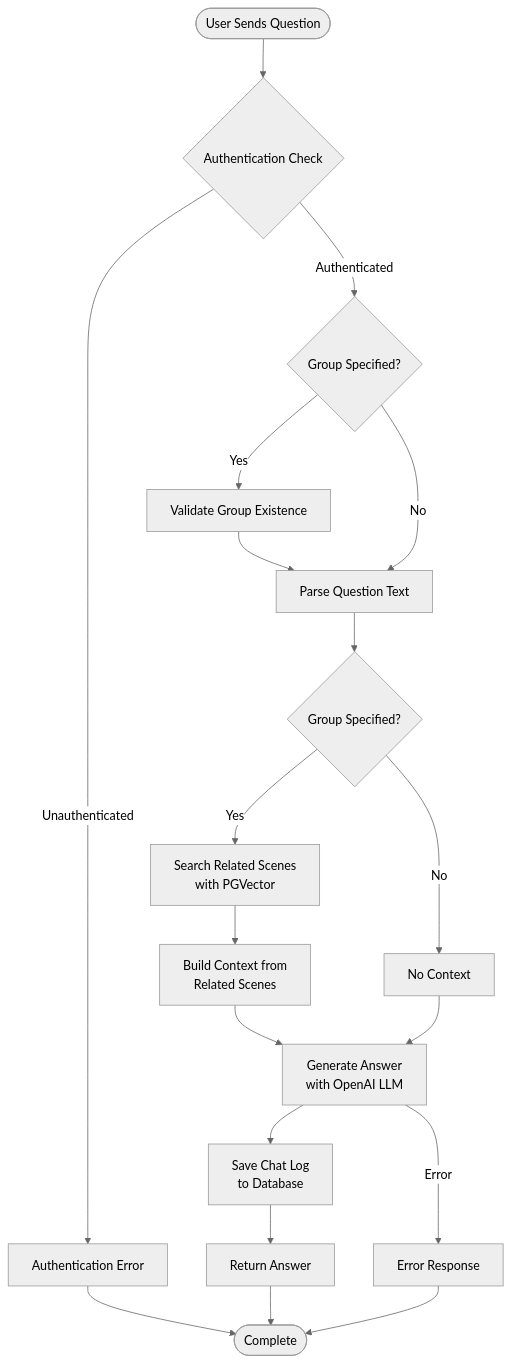
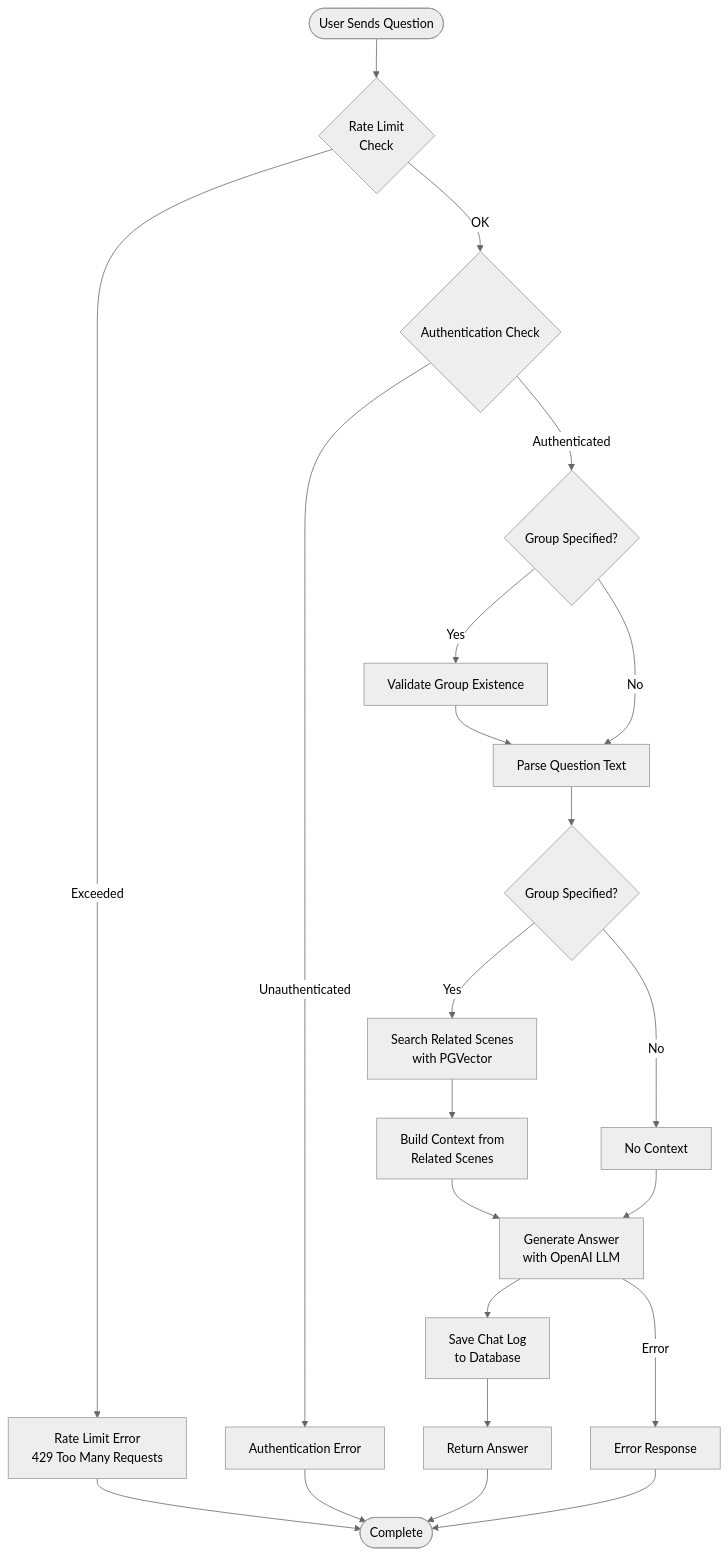
The second of 5 diagrams in docs/requirements/activity-diagram.md (yukiharada1228/videoq), drawn with Mermaid (neutral theme) before and after one commit. The commit also changed other lines of this file and 7 other files, not shown here.

Commit message:
docs: update diagrams and README for rate limits, CACHE_URL, and popular scenes

````diff
--- a/docs/requirements/activity-diagram.md
+++ b/docs/requirements/activity-diagram.md
@@ -44,26 +44,29 @@
 ```mermaid
 flowchart TD
-    Start([User Sends Question]) --> Auth{Authentication Check}
+    Start([User Sends Question]) --> RateLimit{"Rate Limit<br>Check"}
+    RateLimit -->|Exceeded| ErrorRateLimit[Rate Limit Error<br/>429 Too Many Requests]
+    ErrorRateLimit --> End
+    RateLimit -->|OK| Auth{Authentication Check}
     Auth -->|Unauthenticated| Error1[Authentication Error]
     Auth -->|Authenticated| GetGroup{Group Specified?}
     
     GetGroup -->|Yes| ValidateGroup[Validate Group Existence]
     GetGroup -->|No| ParseQuery[Parse Question Text]
     ValidateGroup --> ParseQuery
     ParseQuery --> VectorSearch{Group Specified?}
     
     VectorSearch -->|Yes| SearchVectors[Search Related Scenes<br/>with PGVector]
     VectorSearch -->|No| NoContext[No Context]
     
     SearchVectors --> BuildContext[Build Context from<br/>Related Scenes]
     BuildContext --> CallLLM[Generate Answer<br/>with OpenAI LLM]
     NoContext --> CallLLM
     
     CallLLM --> SaveLog[Save Chat Log<br/>to Database]
     SaveLog --> ReturnAnswer[Return Answer]
     ReturnAnswer --> End([Complete])
 
     Error1 --> End
     CallLLM -->|Error| Error2[Error Response]
     Error2 --> End
 ```
````
